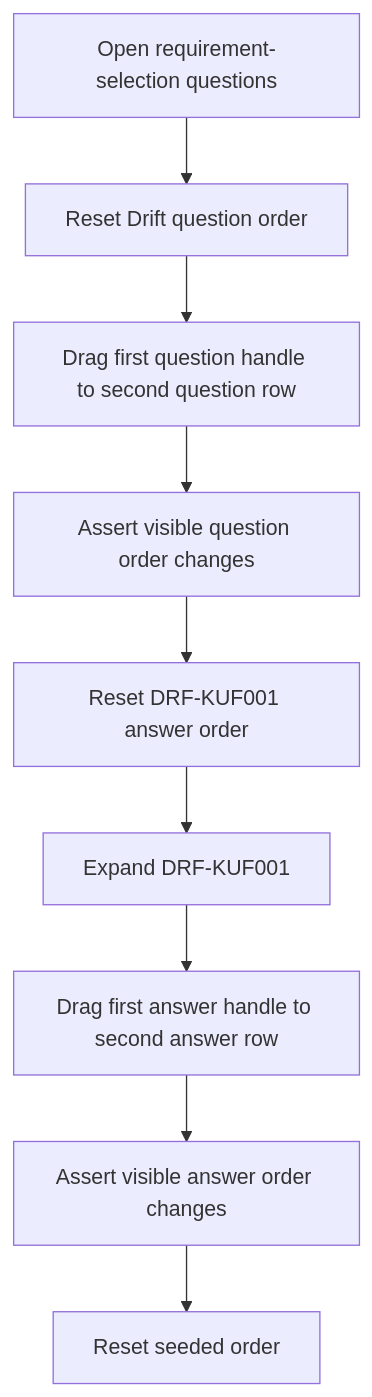
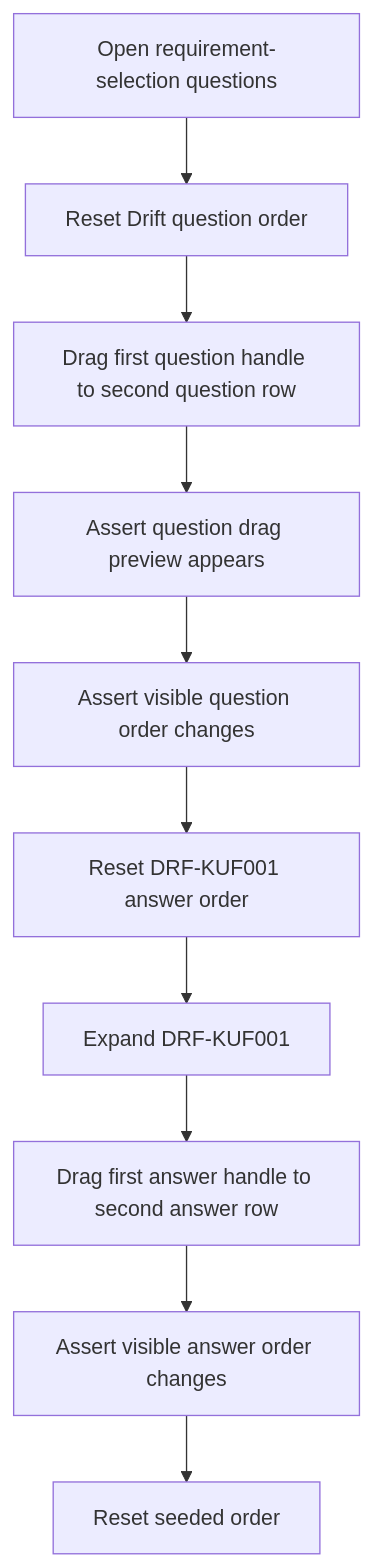
One commit to viscalyx/Kravhantering changed the first of 2 diagrams in tests/integration/requirement-selection-answer-dnd.md. Above: the diagram before and after it, drawn with Mermaid. The commit also changed other lines of this file and 3 other files, not shown here.

Commit message:
feat: implement drag-and-drop preview for requirement selection questions

````diff
--- a/tests/integration/requirement-selection-answer-dnd.md
+++ b/tests/integration/requirement-selection-answer-dnd.md
@@ -12,11 +13,12 @@
 ```mermaid
 flowchart TD
     A[Open requirement-selection questions] --> B[Reset Drift question order]
     B --> C[Drag first question handle to second question row]
-    C --> D[Assert visible question order changes]
-    D --> E[Reset DRF-KUF001 answer order]
-    E --> F[Expand DRF-KUF001]
-    F --> G[Drag first answer handle to second answer row]
-    G --> H[Assert visible answer order changes]
-    H --> I[Reset seeded order]
+    C --> D[Assert question drag preview appears]
+    D --> E[Assert visible question order changes]
+    E --> F[Reset DRF-KUF001 answer order]
+    F --> G[Expand DRF-KUF001]
+    G --> H[Drag first answer handle to second answer row]
+    H --> I[Assert visible answer order changes]
+    I --> J[Reset seeded order]
 ```
````
